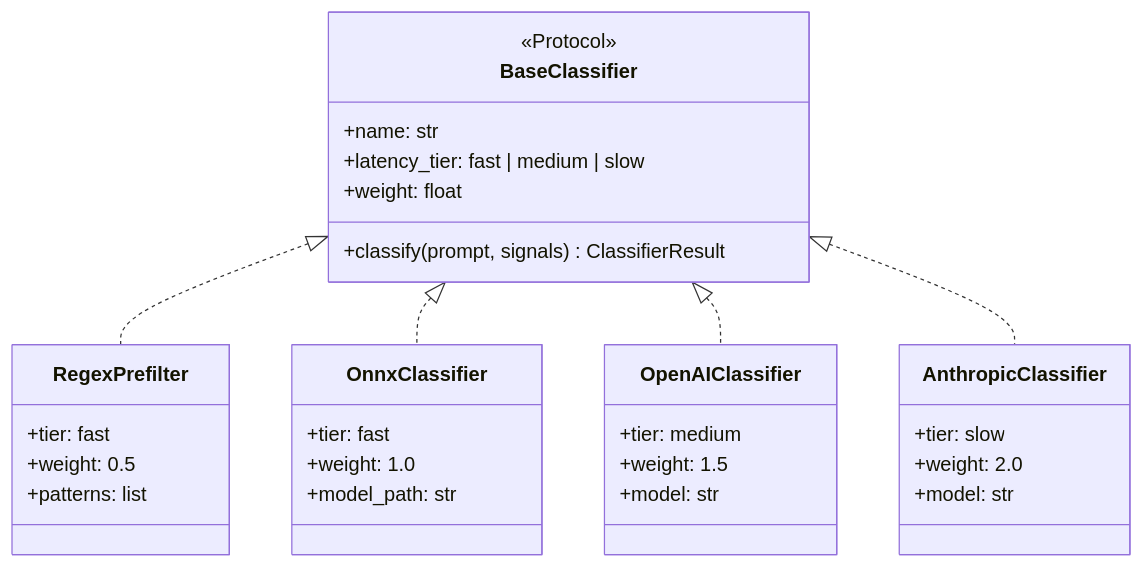
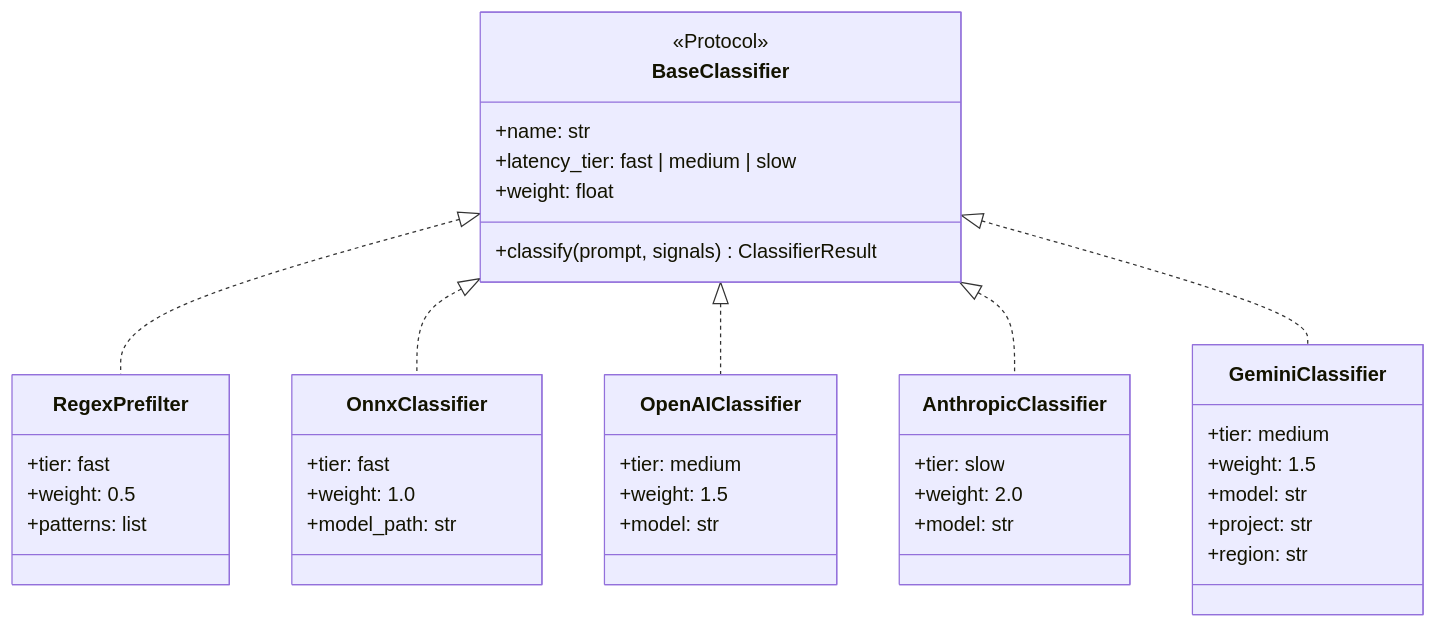
Before and after one commit to prashantkul/injection-guard: the fifth of 10 diagrams in README.md, drawn with Mermaid. The commit also changed other lines of this file and 12 other files, not shown here.

First line of the commit message:
feat: Add Gemini classifier, YAML config, and Qualifire benchmark tests

````diff
--- a/README.md
+++ b/README.md
@@ -155,39 +155,48 @@
 ```mermaid
 classDiagram
     class BaseClassifier {
         <<Protocol>>
         +name: str
         +latency_tier: fast | medium | slow
         +weight: float
         +classify(prompt, signals) ClassifierResult
     }
 
     class RegexPrefilter {
         +tier: fast
         +weight: 0.5
         +patterns: list
     }
 
     class OnnxClassifier {
         +tier: fast
         +weight: 1.0
         +model_path: str
     }
 
     class OpenAIClassifier {
         +tier: medium
         +weight: 1.5
         +model: str
     }
 
     class AnthropicClassifier {
         +tier: slow
         +weight: 2.0
         +model: str
     }
 
+    class GeminiClassifier {
+        +tier: medium
+        +weight: 1.5
+        +model: str
+        +project: str
+        +region: str
+    }
+
     BaseClassifier <|.. RegexPrefilter
     BaseClassifier <|.. OnnxClassifier
     BaseClassifier <|.. OpenAIClassifier
     BaseClassifier <|.. AnthropicClassifier
+    BaseClassifier <|.. GeminiClassifier
 ```
````
